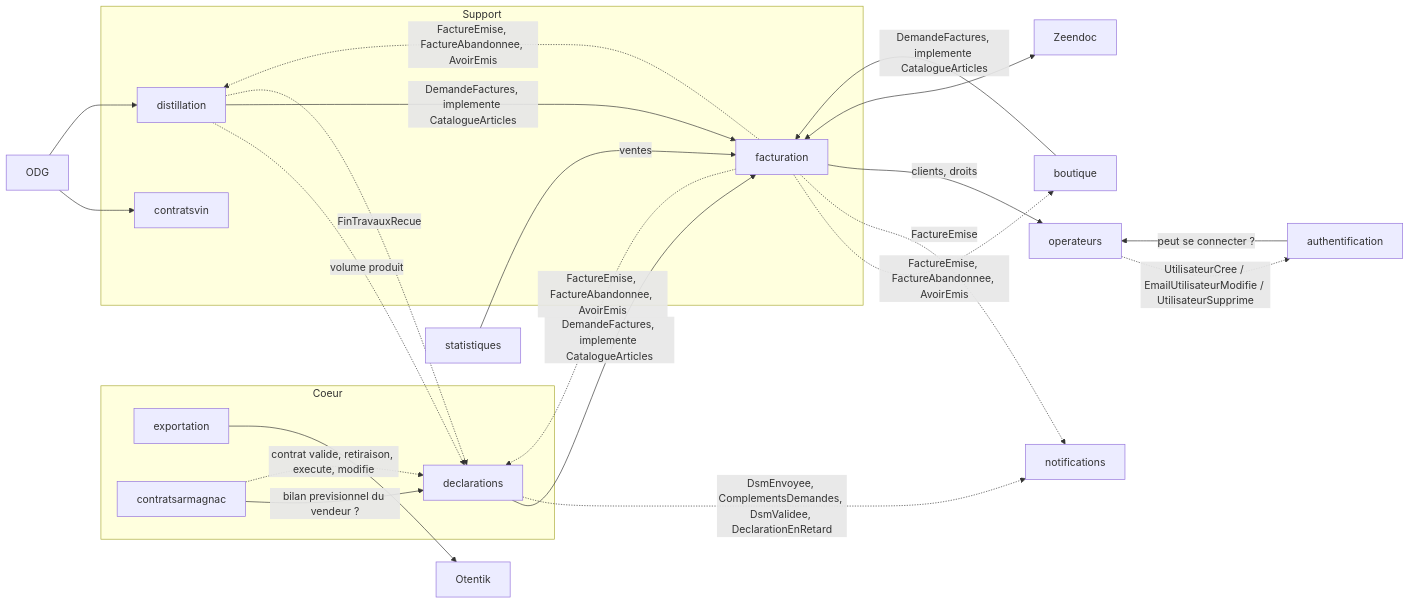
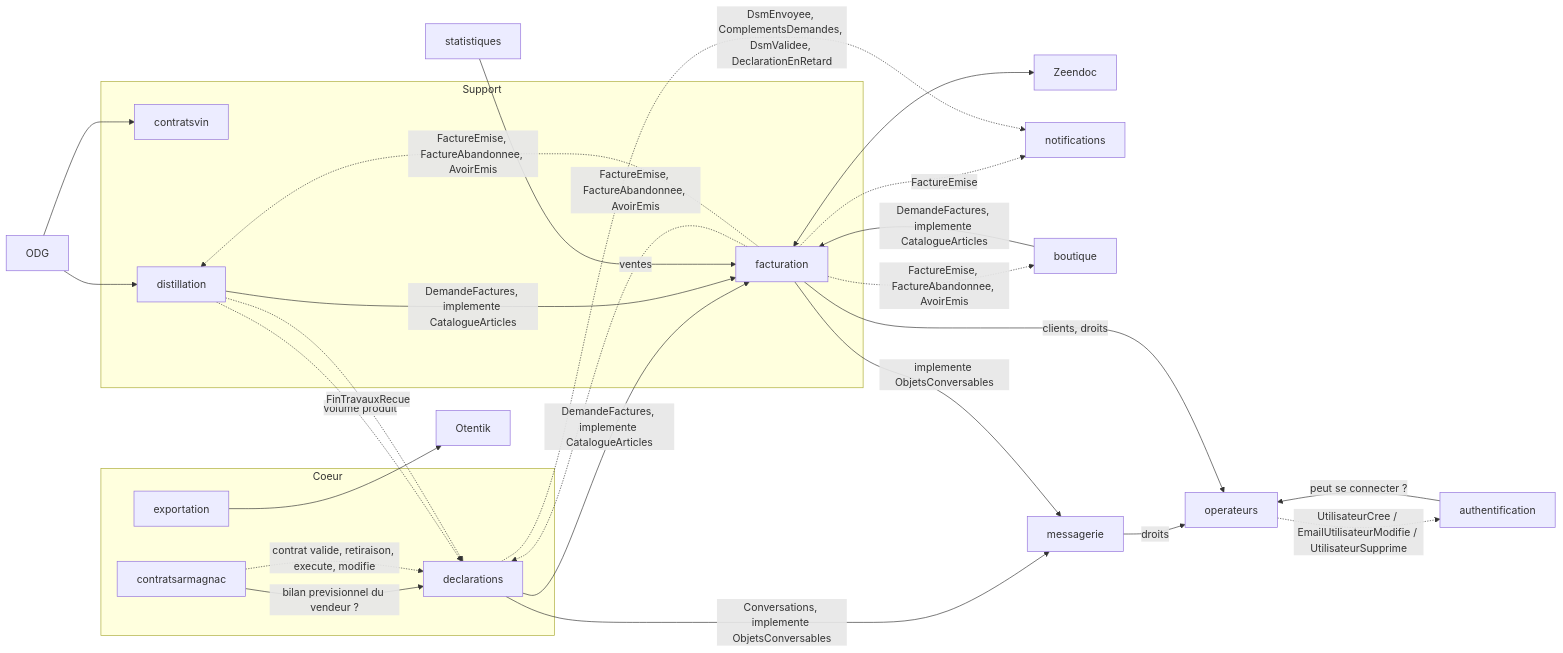
Before and after one commit to izidoor/demo-armagnac: the diagram in docs/contextes.md, drawn with Mermaid. The commit also changed other lines of this file and 154 other files, not shown here.

````diff
--- a/docs/contextes.md
+++ b/docs/contextes.md
@@ -202,45 +220,49 @@
 ```mermaid
 flowchart LR
   ODG["ODG"]
   ZEE[Zeendoc]
   OTE[Otentik]
 
   OPE[operateurs]
   AUT[authentification]
   AUT -->|"peut se connecter ?"| OPE
   OPE -.->|"UtilisateurCree / EmailUtilisateurModifie / UtilisateurSupprime"| AUT
 
   subgraph Coeur
     DEC[declarations]
     EXP[exportation]
     CAR[contratsarmagnac]
   end
 
   subgraph Support
     FAC[facturation]
     CVI[contratsvin]
     DIS[distillation]
   end
 
   ODG --> CVI
   ODG --> DIS
   CAR -->|"bilan previsionnel du vendeur ?"| DEC
   CAR -.->|"contrat valide, retiraison, execute, modifie"| DEC
   DIS -.->|"volume produit"| DEC
   NOT[notifications]
   BOU[boutique]
   STA[statistiques]
   DEC -->|"DemandeFactures, implemente CatalogueArticles"| FAC
   DIS -->|"DemandeFactures, implemente CatalogueArticles"| FAC
   BOU -->|"DemandeFactures, implemente CatalogueArticles"| FAC
   FAC -.->|"FactureEmise, FactureAbandonnee, AvoirEmis"| DEC
   FAC -.->|"FactureEmise, FactureAbandonnee, AvoirEmis"| DIS
   FAC -.->|"FactureEmise, FactureAbandonnee, AvoirEmis"| BOU
   FAC -.->|"FactureEmise"| NOT
+  MSG[messagerie]
+  DEC -->|"Conversations, implemente ObjetsConversables"| MSG
+  FAC -->|"implemente ObjetsConversables"| MSG
+  MSG -->|"droits"| OPE
   STA -->|"ventes"| FAC
   FAC -->|"clients, droits"| OPE
   DEC -.->|"DsmEnvoyee, ComplementsDemandes, DsmValidee, DeclarationEnRetard"| NOT
   DIS -.->|"FinTravauxRecue"| DEC
   FAC <--> ZEE
   EXP --> OTE
 ```
````
